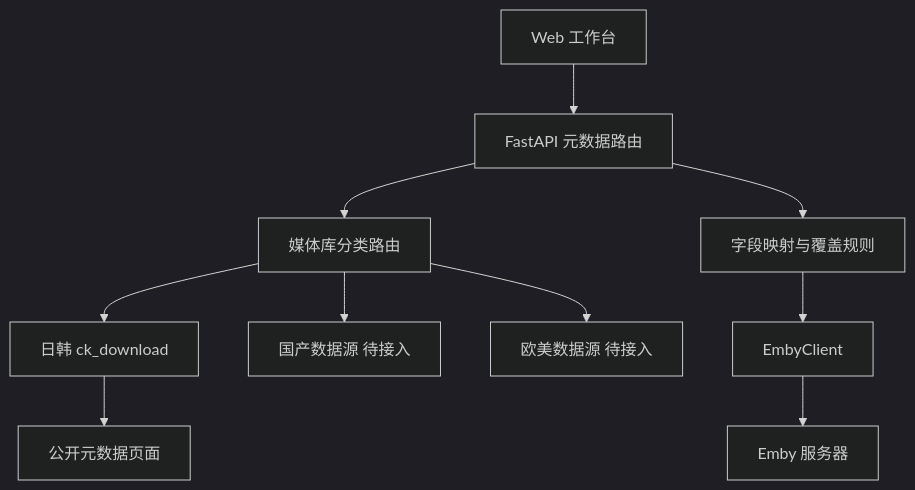
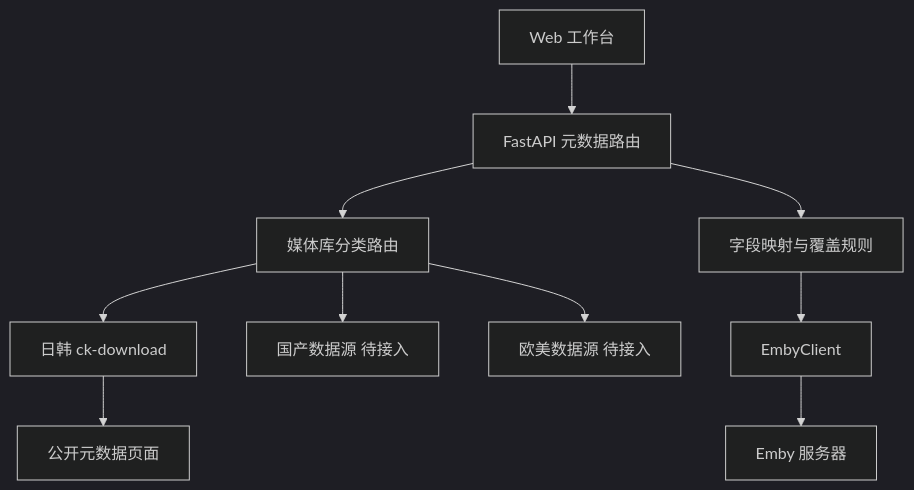
One commit to NogiRuka/telegram-bot-template-donBarbos changed the second of 2 diagrams in docs/gv-data-capture/web页面设计.md. Above: the diagram before and after it, drawn with Mermaid. The commit also changed 10 other files, not shown here.

````diff
--- a/docs/gv-data-capture/web页面设计.md
+++ b/docs/gv-data-capture/web页面设计.md
@@ -92,13 +92,13 @@
 ```mermaid
 %%{init: {"theme": "dark"}}%%
 flowchart TB
     UI[Web 工作台] --> API[FastAPI 元数据路由]
     API --> ROUTER[媒体库分类路由]
-    ROUTER --> CK[日韩 ck_download]
+    ROUTER --> CK[日韩 ck-download]
     ROUTER --> DS[国产数据源 待接入]
     ROUTER --> WS[欧美数据源 待接入]
     CK --> PUBLIC[公开元数据页面]
     API --> COMPARE[字段映射与覆盖规则]
     COMPARE --> EMBY[EmbyClient]
     EMBY --> SERVER[Emby 服务器]
 ```
````
